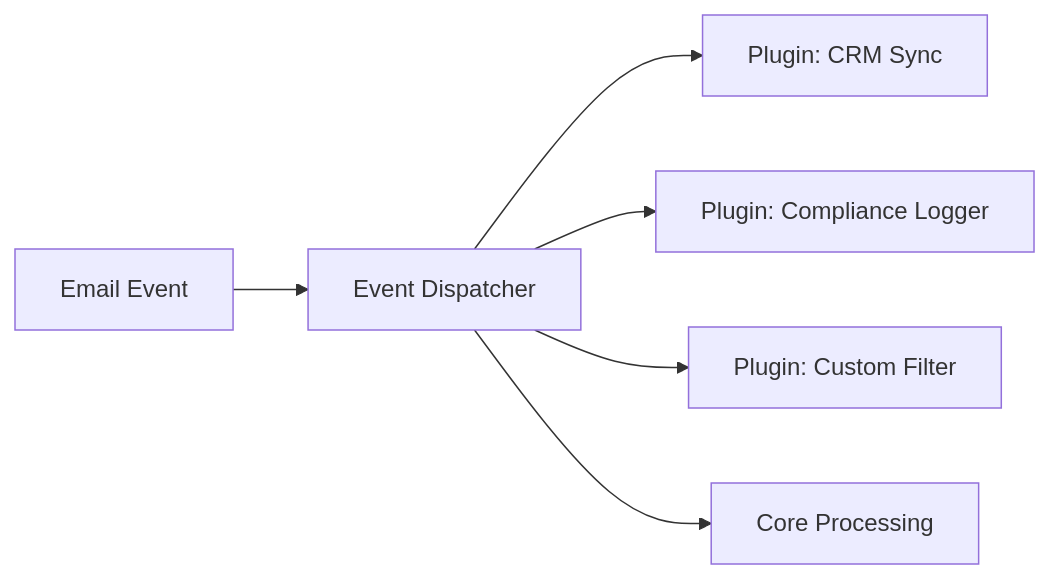
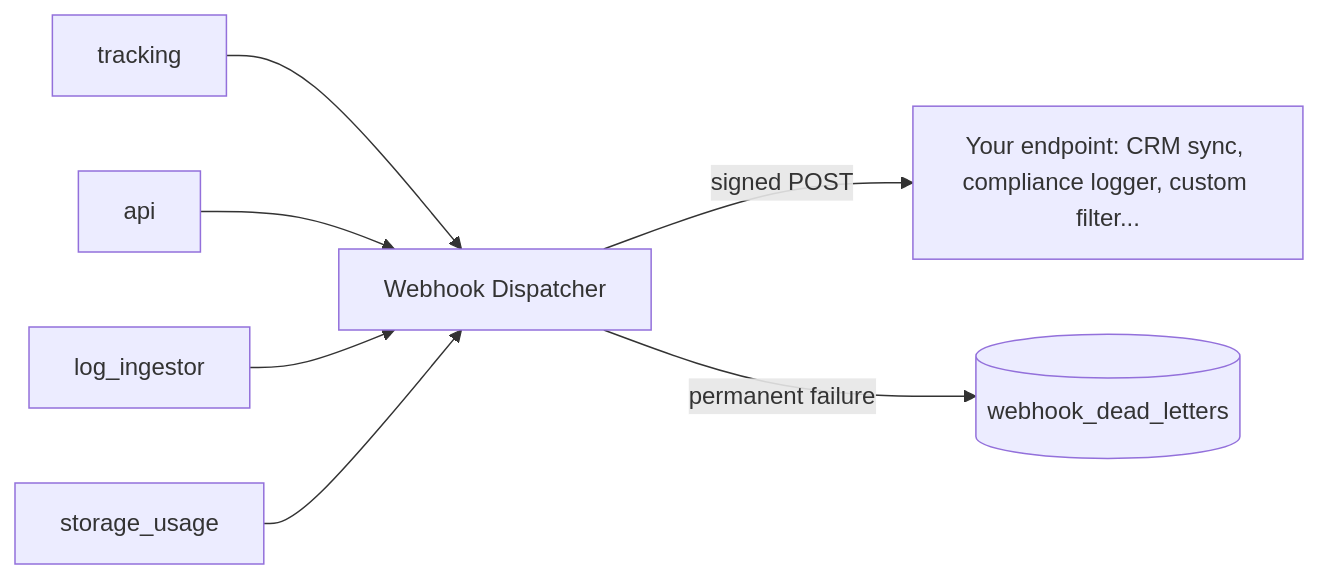
The diagram in docs/development/plugin-development.md (Techies-Africa/mailyte-mail-server-community), drawn with Mermaid before and after one commit. The commit also changed other lines of this file and 481 other files, not shown here.

````diff
--- a/docs/development/plugin-development.md
+++ b/docs/development/plugin-development.md
@@ -23,8 +25,9 @@
 ```mermaid
 graph LR
-    EVENT[Email Event] --> DISPATCHER[Event Dispatcher]
-    DISPATCHER --> P1[Plugin: CRM Sync]
-    DISPATCHER --> P2[Plugin: Compliance Logger]
-    DISPATCHER --> P3[Plugin: Custom Filter]
-    DISPATCHER --> CORE[Core Processing]
+    S1[tracking] --> D[Webhook Dispatcher]
+    S2[api] --> D
+    S3[log_ingestor] --> D
+    S4[storage_usage] --> D
+    D -->|signed POST| E[Your endpoint: CRM sync, compliance logger, custom filter...]
+    D -->|permanent failure| DLQ[(webhook_dead_letters)]
 ```
````
